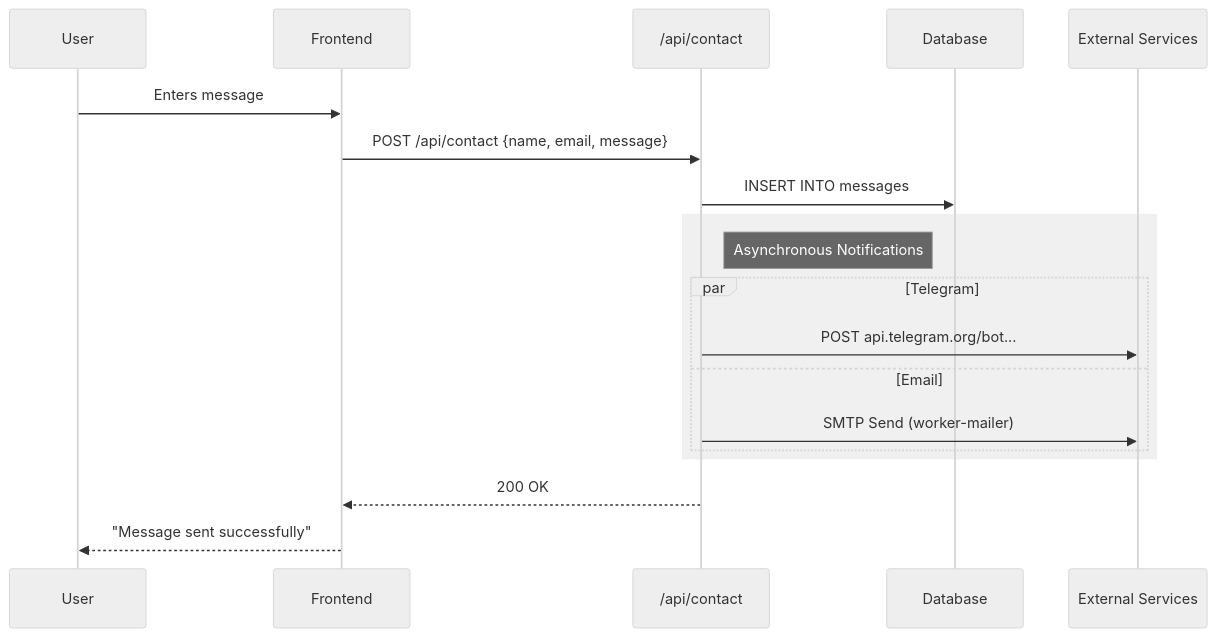
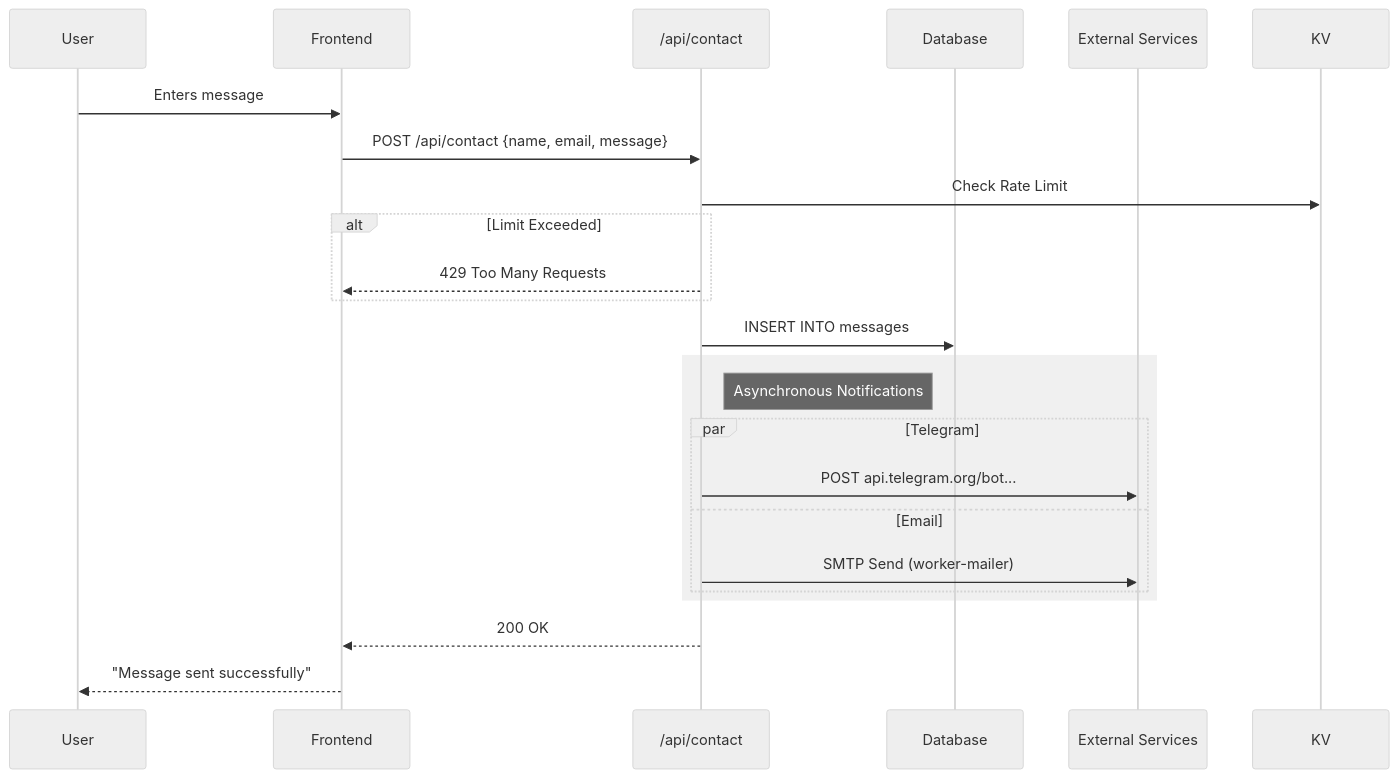
One commit to rplog/bweb changed the second of 3 diagrams in docs/architecture.md. Above: the diagram before and after it, drawn with Mermaid (neutral theme). The commit also changed other lines of this file and 1 other file, not shown here.

Commit message:
docs: update README and Architecture with recent features

````diff
--- a/docs/architecture.md
+++ b/docs/architecture.md
@@ -34,24 +35,28 @@
 ```mermaid
 sequenceDiagram
     participant User
     participant Frontend
     participant API as /api/contact
     participant D1 as Database
     participant Ext as External Services
     
     User->>Frontend: Enters message
     Frontend->>API: POST /api/contact {name, email, message}
+    API->>KV: Check Rate Limit
+    alt Limit Exceeded
+        API-->>Frontend: 429 Too Many Requests
+    end
     API->>D1: INSERT INTO messages
     
     rect rgb(240, 240, 240)
         Note right of API: Asynchronous Notifications
         par Telegram
             API->>Ext: POST api.telegram.org/bot...
         and Email
             API->>Ext: SMTP Send (worker-mailer)
         end
     end
     
     API-->>Frontend: 200 OK
     Frontend-->>User: "Message sent successfully"
 ```
````
